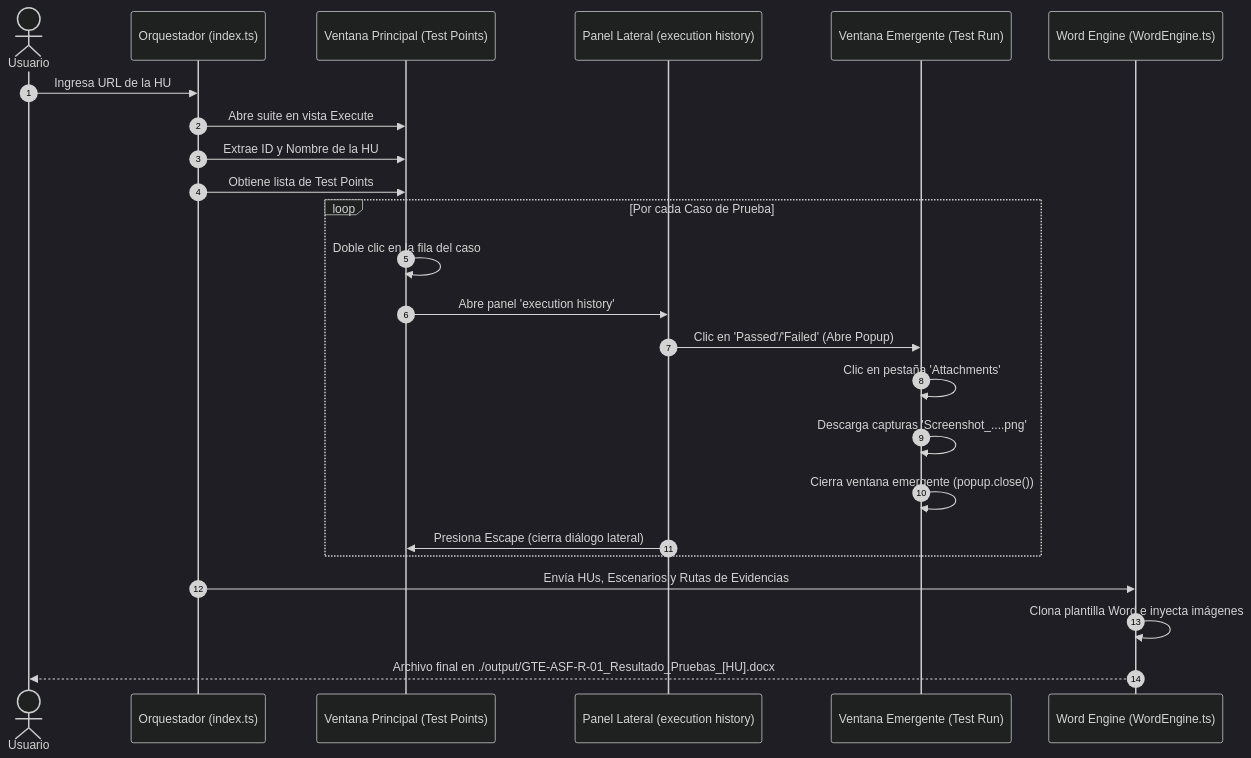
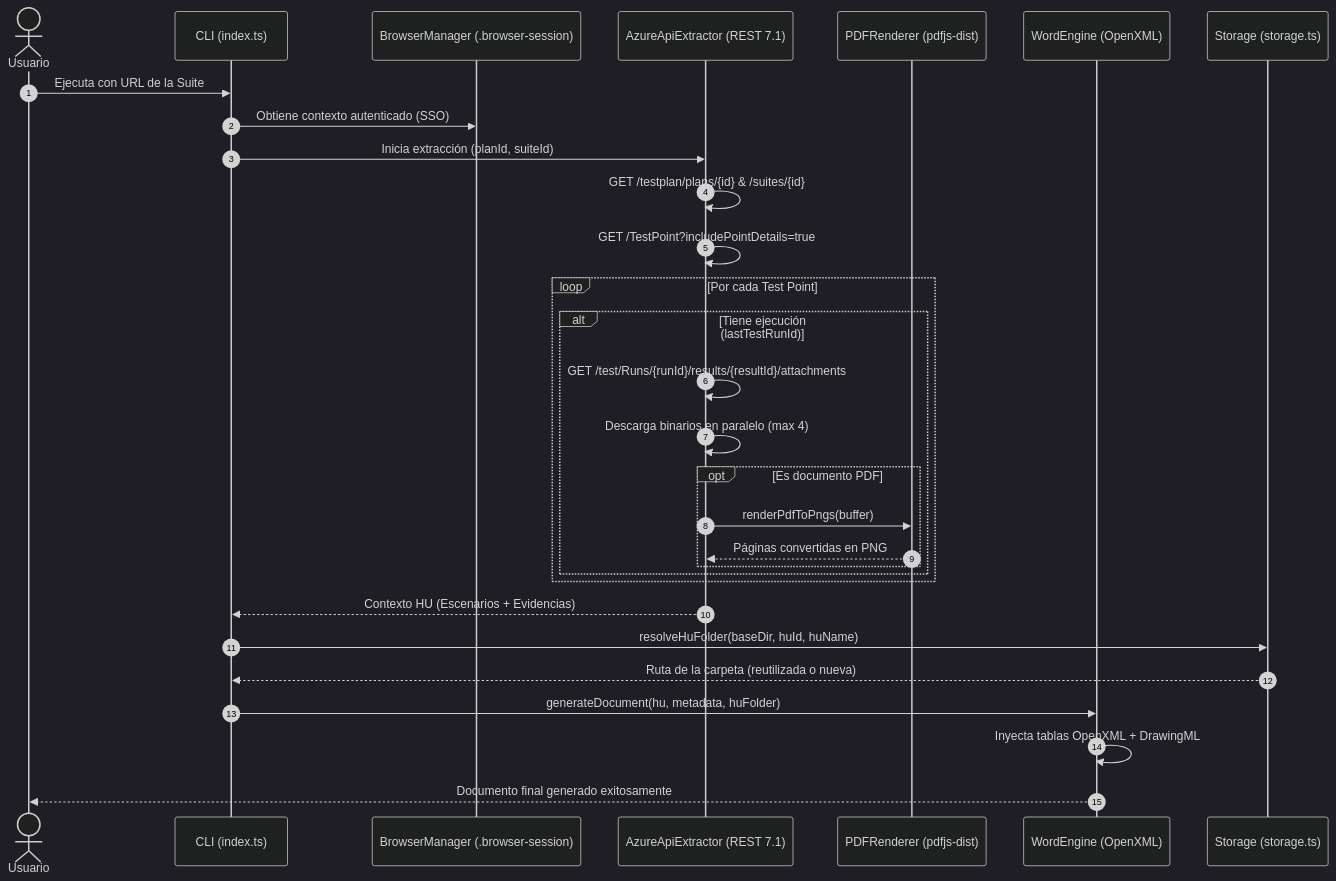
Before and after one commit to marlonfg12/AutoFormatoCertificacion-v1.2: the second of 2 diagrams in ARCHITECTURE.md, drawn with Mermaid (dark theme). The commit also changed other lines of this file and 11 other files, not shown here.

````diff
--- a/ARCHITECTURE.md
+++ b/ARCHITECTURE.md
@@ -22,29 +68,36 @@
 ```mermaid
 sequenceDiagram
     autonumber
     actor Usuario
-    participant CLI as Orquestador (index.ts)
-    participant Page as Ventana Principal (Test Points)
-    participant Dialog as Panel Lateral (execution history)
-    participant Popup as Ventana Emergente (Test Run)
-    participant Engine as Word Engine (WordEngine.ts)
+    participant CLI as CLI (index.ts)
+    participant Browser as BrowserManager (.browser-session)
+    participant API as AzureApiExtractor (REST 7.1)
+    participant PDF as PDFRenderer (pdfjs-dist)
+    participant Word as WordEngine (OpenXML)
+    participant Storage as Storage (storage.ts)
 
-    Usuario->>CLI: Ingresa URL de la HU
-    CLI->>Page: Abre suite en vista Execute
-    CLI->>Page: Extrae ID y Nombre de la HU
-    CLI->>Page: Obtiene lista de Test Points
-
-    loop Por cada Caso de Prueba
-        Page->>Page: Doble clic en la fila del caso
-        Page->>Dialog: Abre panel 'execution history'
-        Dialog->>Popup: Clic en 'Passed'/'Failed' (Abre Popup)
-        Popup->>Popup: Clic en pestaña 'Attachments'
-        Popup->>Popup: Descarga capturas 'Screenshot_....png'
-        Popup->>Popup: Cierra ventana emergente (popup.close())
-        Dialog->>Page: Presiona Escape (cierra diálogo lateral)
+    Usuario->>CLI: Ejecuta con URL de la Suite
+    CLI->>Browser: Obtiene contexto autenticado (SSO)
+    CLI->>API: Inicia extracción (planId, suiteId)
+    
+    API->>API: GET /testplan/plans/{id} & /suites/{id}
+    API->>API: GET /TestPoint?includePointDetails=true
+    
+    loop Por cada Test Point
+        alt Tiene ejecución (lastTestRunId)
+            API->>API: GET /test/Runs/{runId}/results/{resultId}/attachments
+            API->>API: Descarga binarios en paralelo (max 4)
+            opt Es documento PDF
+                API->>PDF: renderPdfToPngs(buffer)
+                PDF-->>API: Páginas convertidas en PNG
+            end
+        end
     end
-
-    CLI->>Engine: Envía HUs, Escenarios y Rutas de Evidencias
-    Engine->>Engine: Clona plantilla Word e inyecta imágenes
-    Engine-->>Usuario: Archivo final en ./output/GTE-ASF-R-01_Resultado_Pruebas_[HU].docx
+    
+    API-->>CLI: Contexto HU (Escenarios + Evidencias)
+    CLI->>Storage: resolveHuFolder(baseDir, huId, huName)
+    Storage-->>CLI: Ruta de la carpeta (reutilizada o nueva)
+    CLI->>Word: generateDocument(hu, metadata, huFolder)
+    Word->>Word: Inyecta tablas OpenXML + DrawingML
+    Word-->>Usuario: Documento final generado exitosamente
 ```
````
